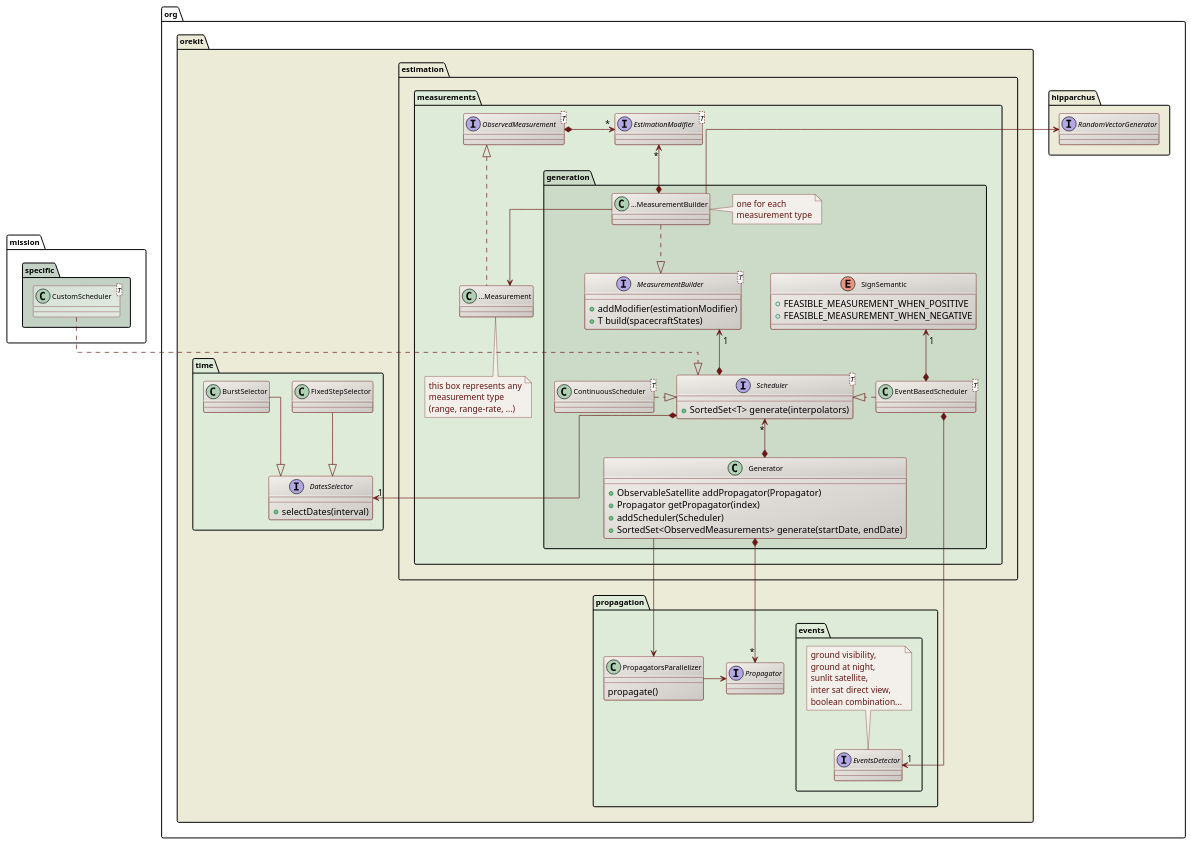
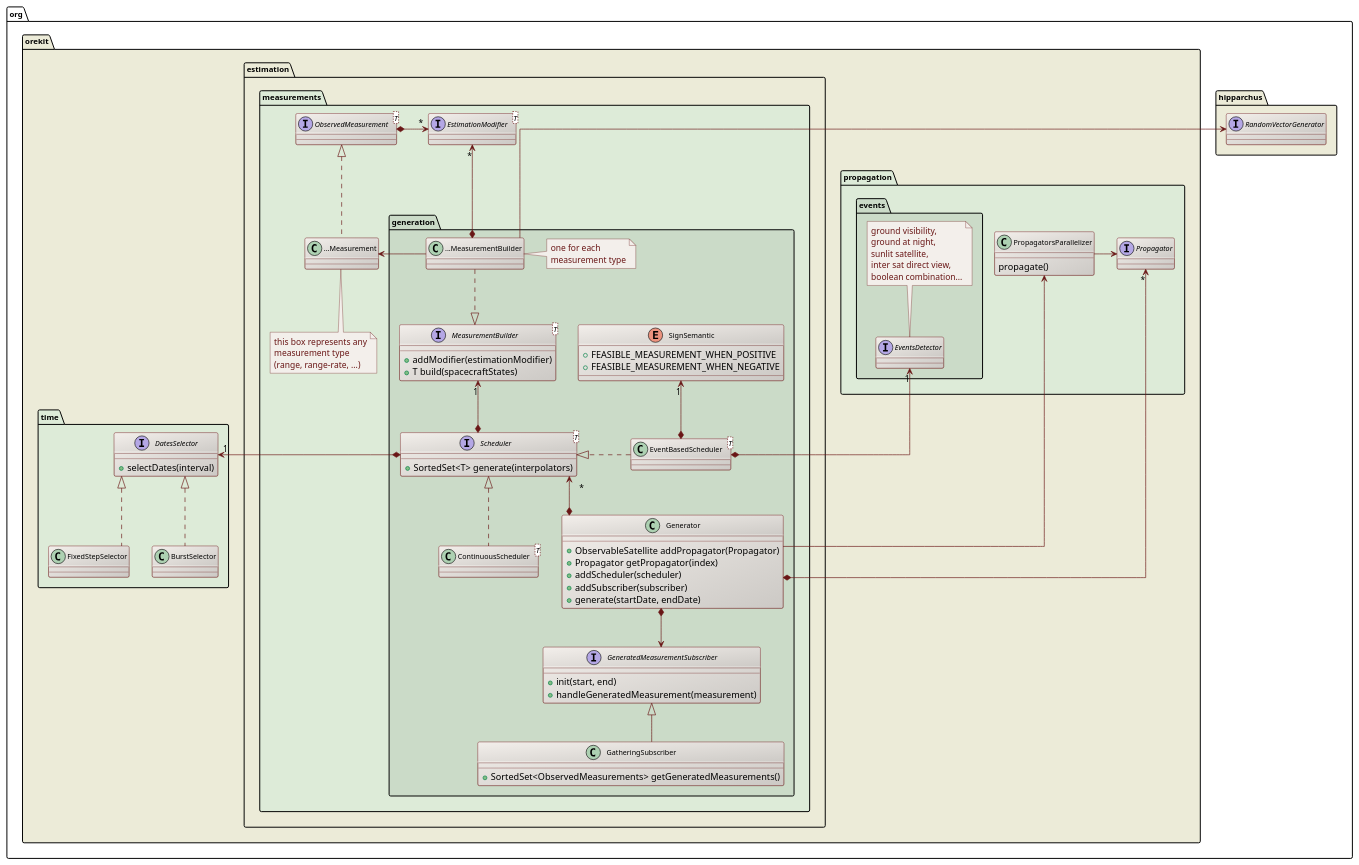
The diagram in src/design/measurements-generation-class-diagram.puml (CS-SI/Orekit), drawn with PlantUML before and after one commit. The commit also changed 18 other files, not shown here.

First line of the commit message:
Allow on-the-fly handling of generated measurements.

```diff
--- a/src/design/measurements-generation-class-diagram.puml
+++ b/src/design/measurements-generation-class-diagram.puml
@@ -17,122 +17,132 @@
 @startuml
 
   skinparam svek                  true
   skinparam ClassBackgroundColor  #F3EFEB/CCC9C5
   skinparam ClassArrowColor       #691616
   skinparam ClassBorderColor      #691616
   skinparam NoteBackgroundColor   #F3EFEB
   skinparam NoteBorderColor       #691616
   skinparam NoteFontColor         #691616
   skinparam ClassFontSize         11
   skinparam PackageFontSize       12
   skinparam linetype              ortho
 
   package org.hipparchus #ECEBD8 {
       interface RandomVectorGenerator
   }
 
   package org.orekit #ECEBD8 {
 
-    package propagation.events #DDEBD8 {
-      interface EventsDetector
-      note top
-        ground visibility,
-        ground at night,
-        sunlit satellite,
-        inter sat direct view,
-        boolean combination...
-      end note
+    package propagation #DDEBD8 {
+
+      package events #CBDBC8 {
+        interface EventsDetector
+        note top
+          ground visibility,
+          ground at night,
+          sunlit satellite,
+          inter sat direct view,
+          boolean combination...
+        end note
+      }
+
+      interface Propagator
+      class PropagatorsParallelizer {
+        propagate()
+      }
+      Propagator <-left- PropagatorsParallelizer
+
     }
+
+    package time #DDEBD8 {
+        interface DatesSelector {
+          +selectDates(interval)
+        }
+        class FixedStepSelector
+        class BurstSelector
+
+
+        DatesSelector <|.. FixedStepSelector
+        DatesSelector <|.. BurstSelector
+    }
+
     package estimation.measurements #DDEBD8 {
 
       package generation #CBDBC8 {
 
         interface "MeasurementBuilder<T>" as MeasurementBuilder_T_ {
           +addModifier(estimationModifier)
           +T build(spacecraftStates)
-         }
+        }
 
         class "...MeasurementBuilder" as XXXMeasurementBuilder
         note right
           one for each
           measurement type
         end note
 
         class Generator {
           +ObservableSatellite addPropagator(Propagator)
           +Propagator getPropagator(index)
-          +addScheduler(Scheduler)
-          +SortedSet<ObservedMeasurements> generate(startDate, endDate)
+          +addScheduler(scheduler)
+          +addSubscriber(subscriber)
+          +generate(startDate, endDate)
         }
 
         enum SignSemantic {
           +FEASIBLE_MEASUREMENT_WHEN_POSITIVE
           +FEASIBLE_MEASUREMENT_WHEN_NEGATIVE
         }
         class "EventBasedScheduler<T>" as EventBasedScheduler_T_
         class "ContinuousScheduler<T>" as ContinuousScheduler_T_
 
         interface "Scheduler<T>" as Scheduler_T_ {
           +SortedSet<T> generate(interpolators)
         }
 
+        interface GeneratedMeasurementSubscriber {
+          +init(start, end)
+          +handleGeneratedMeasurement(measurement)
+        }
+
+        class GatheringSubscriber {
+          +SortedSet<ObservedMeasurements> getGeneratedMeasurements()
+        }
+
         XXXMeasurementBuilder       ..|>          MeasurementBuilder_T_
         MeasurementBuilder_T_ "1" <--* Scheduler_T_
-        XXXMeasurementBuilder -up-> RandomVectorGenerator
+        RandomVectorGenerator <-- XXXMeasurementBuilder
         SignSemantic "1" <--* EventBasedScheduler_T_
         Scheduler_T_ <|.left. EventBasedScheduler_T_
-        ContinuousScheduler_T_ .right.|> Scheduler_T_
+        Scheduler_T_ <|.. ContinuousScheduler_T_
         Scheduler_T_ "*" <--* Generator
+        Generator *--> GeneratedMeasurementSubscriber
+        GeneratedMeasurementSubscriber <|-- GatheringSubscriber
+        EventsDetector "1" <--* EventBasedScheduler_T_
   
-        EventBasedScheduler_T_ *-right-> "1" EventsDetector
+        PropagatorsParallelizer <-- Generator
+        Propagator "*" <--* Generator
+
       }
 
       interface "EstimationModifier<T>" as EstimationModifier_T_
       interface "ObservedMeasurement<T>" as ObservedMeasurement_T_
       class "...Measurement" as XXXMeasurement
       note bottom
         this box represents any
         measurement type
         (range, range-rate, ...)
       end note
 
  
       EstimationModifier_T_  "*" <-left-*      ObservedMeasurement_T_ 
       ObservedMeasurement_T_     <|..          XXXMeasurement
-      XXXMeasurementBuilder       -->          XXXMeasurement
+      XXXMeasurement <-left- XXXMeasurementBuilder
       EstimationModifier_T_ "*" <--* XXXMeasurementBuilder 
 
-    }
-
-
-    package propagation #DDEBD8 {
-    interface Propagator
-      class PropagatorsParallelizer {
-        propagate()
-      }
-      Generator --> PropagatorsParallelizer
-      Generator *--> "*" Propagator
-      Propagator <-left- PropagatorsParallelizer
-    }
-
-    package time #DDEBD8 {
-        class FixedStepSelector
-        class BurstSelector
-        interface DatesSelector {
-          +selectDates(interval)
-        }
-
-
-        FixedStepSelector --|> DatesSelector
-        BurstSelector --|> DatesSelector
-        Scheduler_T_ *--> "1" DatesSelector
+      DatesSelector "1" <-right-* Scheduler_T_
     }
 
   }
 
-  package mission.specific #C4D2C5 {
-    class "CustomScheduler<T>" as CustomScheduler_T_ #D5E0D5/E2EBE2
-    Scheduler_T_ <|.up. CustomScheduler_T_
-  }
-
 @enduml
```
